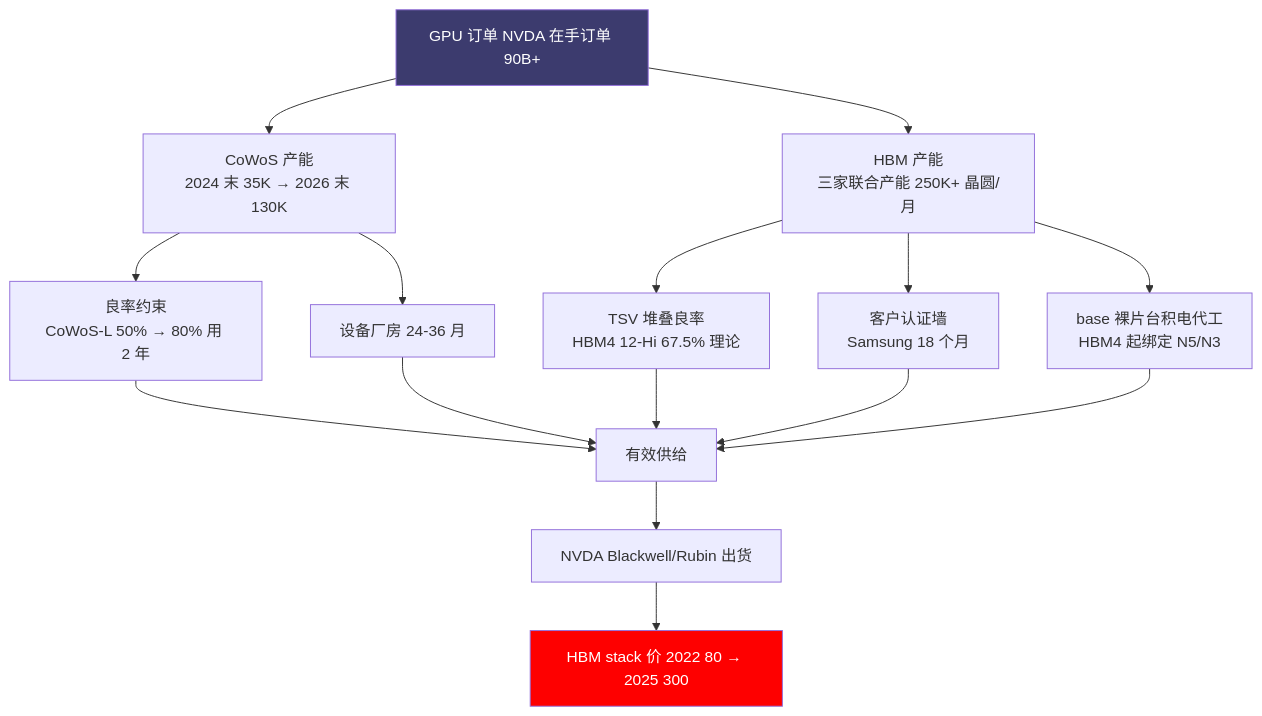
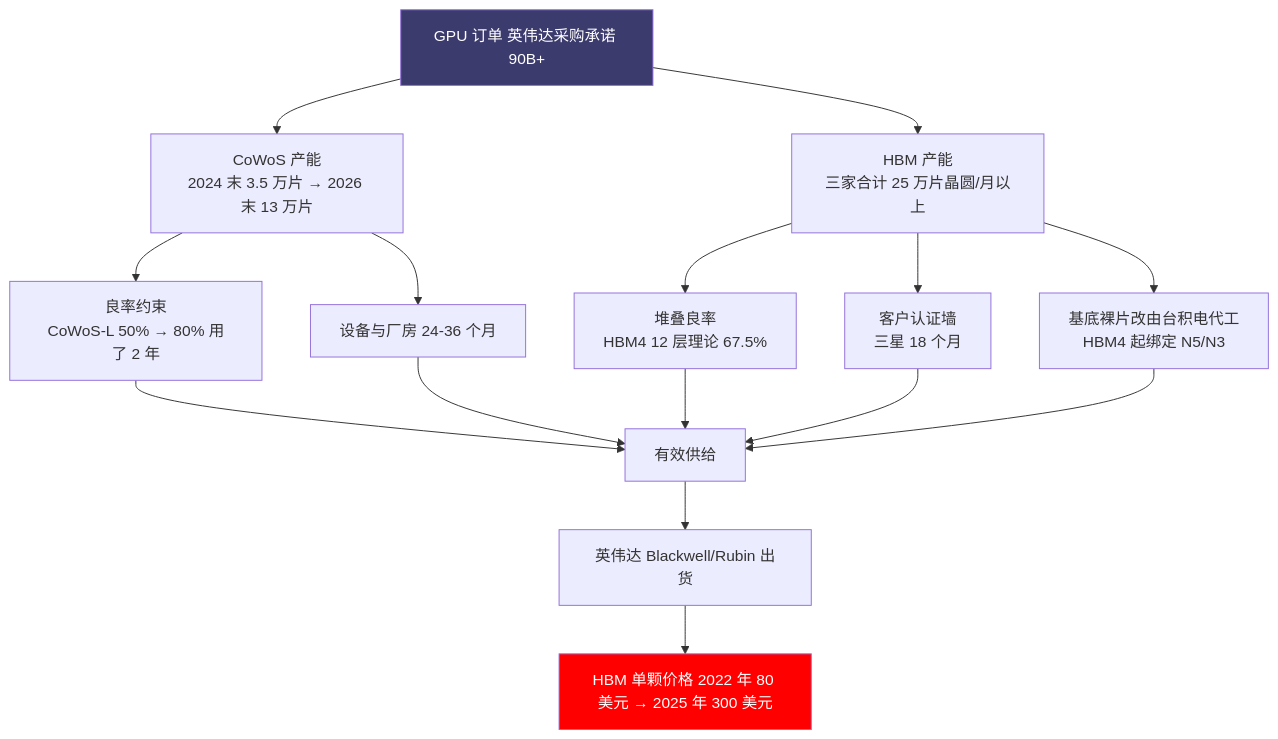
The first of 5 diagrams in book/11-bottleneck-physics/README.md (diguike/book-compute-economics), drawn with Mermaid before and after one commit. The commit also changed other lines of this file and 33 other files, not shown here.

````diff
--- a/book/11-bottleneck-physics/README.md
+++ b/book/11-bottleneck-physics/README.md
@@ -35,23 +35,23 @@
 ```mermaid
 graph TD
-    A[GPU 订单 NVDA 在手订单 90B+] --> B[CoWoS 产能<br/>2024 末 35K → 2026 末 130K]
-    A --> C[HBM 产能<br/>三家联合产能 250K+ 晶圆/月]
+    A[GPU 订单 英伟达采购承诺 90B+] --> B[CoWoS 产能<br/>2024 末 3.5 万片 → 2026 末 13 万片]
+    A --> C[HBM 产能<br/>三家合计 25 万片晶圆/月以上]
 
-    B --> B1[良率约束<br/>CoWoS-L 50% → 80% 用 2 年]
-    B --> B2[设备厂房 24-36 月]
-    C --> C1[TSV 堆叠良率<br/>HBM4 12-Hi 67.5% 理论]
-    C --> C2[客户认证墙<br/>Samsung 18 个月]
-    C --> C3[base 裸片台积电代工<br/>HBM4 起绑定 N5/N3]
+    B --> B1[良率约束<br/>CoWoS-L 50% → 80% 用了 2 年]
+    B --> B2[设备与厂房 24-36 个月]
+    C --> C1[堆叠良率<br/>HBM4 12 层理论 67.5%]
+    C --> C2[客户认证墙<br/>三星 18 个月]
+    C --> C3[基底裸片改由台积电代工<br/>HBM4 起绑定 N5/N3]
 
     B1 --> D[有效供给]
     B2 --> D
     C1 --> D
     C2 --> D
     C3 --> D
 
-    D --> E[NVDA Blackwell/Rubin 出货]
-    E --> F[HBM stack 价 2022 80 → 2025 300]
+    D --> E[英伟达 Blackwell/Rubin 出货]
+    E --> F[HBM 单颗价格 2022 年 80 美元 → 2025 年 300 美元]
 
     style A fill:#3C3B6E,color:#fff
     style F fill:#FE0000,color:#fff
 ```
````
